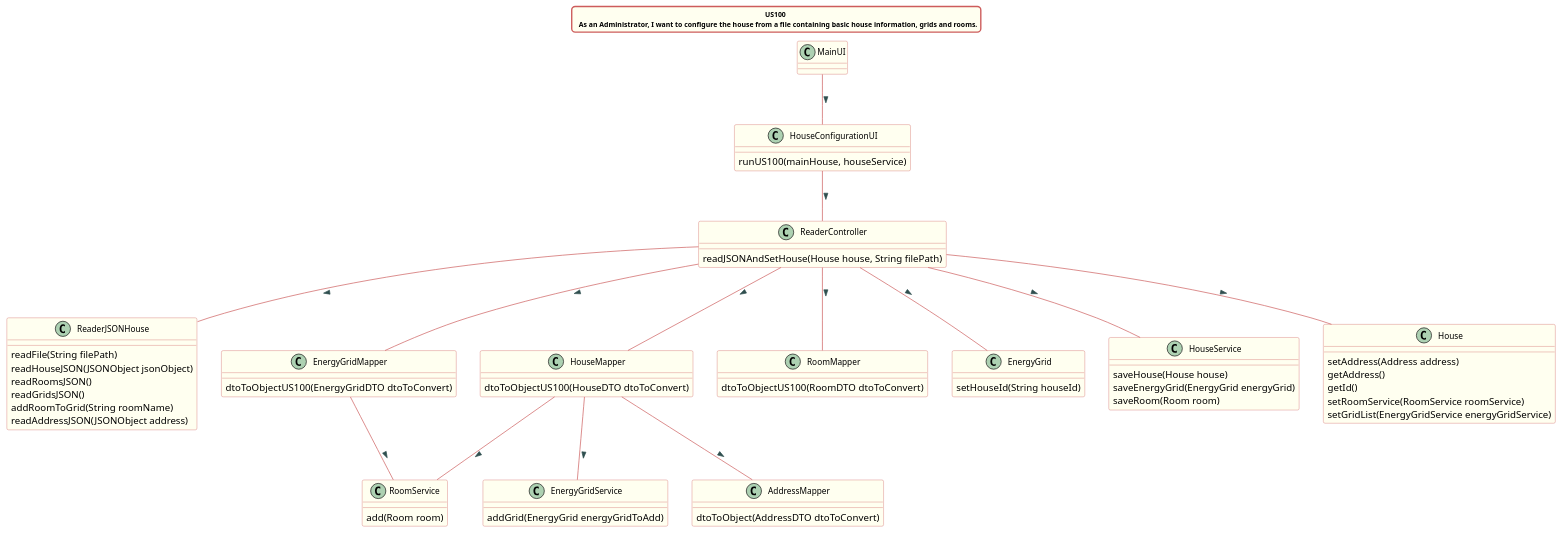
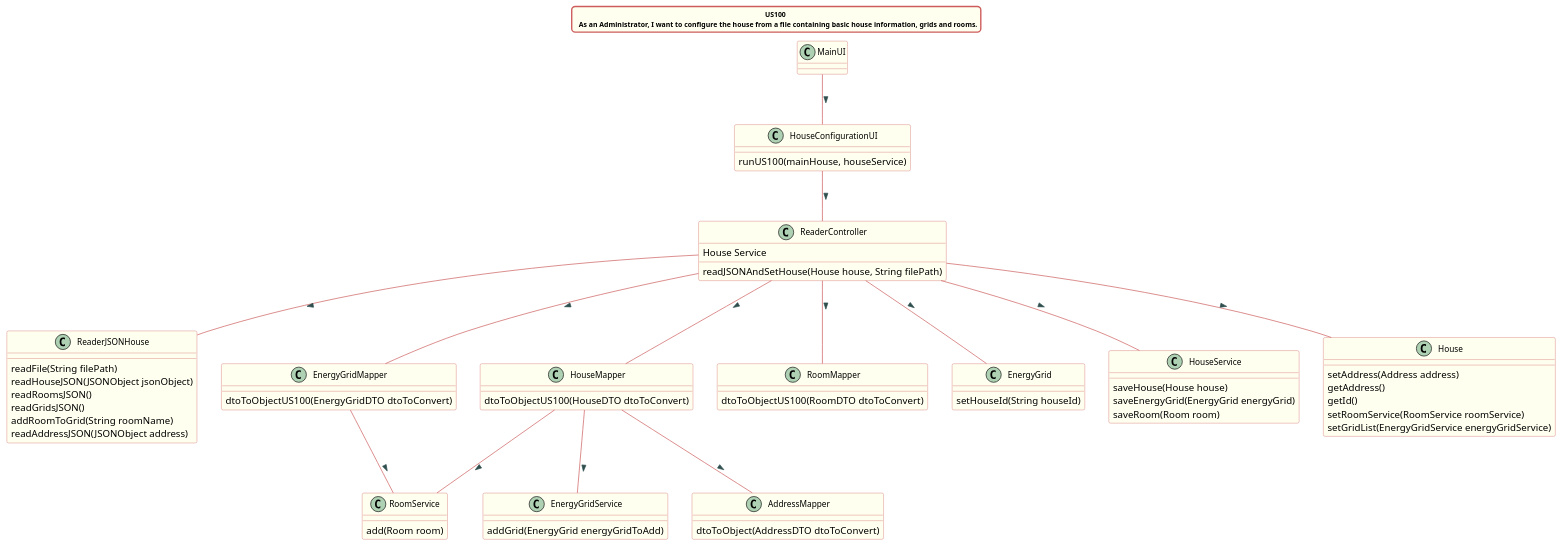
Before and after one commit to Almadanmp/project: the diagram in src/doc/Controllers/HouseConfiguration/US100/US100_cd_HouseConfiguration.puml, drawn with PlantUML.

Commit message:
Ref #222

```diff
--- a/src/doc/Controllers/HouseConfiguration/US100/US100_cd_HouseConfiguration.puml
+++ b/src/doc/Controllers/HouseConfiguration/US100/US100_cd_HouseConfiguration.puml
@@ -1,98 +1,100 @@
 @startuml
 title US100 \n  As an Administrator, I want to configure the house from a file containing basic house information, grids and rooms.
 
 skinparam titleBorderRoundCorner 10
 skinparam titleBorderThickness 2
 skinparam titleBorderColor indianred
 skinparam titleBackgroundColor ivory
 skinparam FontName verdana
 skinparam titleFontSize 10
 
 
 skinparam class {
  	BorderColor indianred
  	BackgroundColor indianred
  	BackgroundColor ivory
     roundcorner 10
     ArrowFontName Verdana
     ArrowColor indianred
     ArrowFontColor darkslategrey
     FontSize 12
  }
 
 
 MainUI -- HouseConfigurationUI : >
 HouseConfigurationUI -- ReaderController : >
 ReaderController -- ReaderJSONHouse : >
 ReaderController -- HouseMapper : >
 HouseMapper -- AddressMapper : >
 HouseMapper -- RoomService : >
 HouseMapper -- EnergyGridService : >
 ReaderController -- RoomMapper : >
 ReaderController -- EnergyGridMapper : >
 EnergyGridMapper -- RoomService : >
 ReaderController -- EnergyGrid : >
 ReaderController -- HouseService : >
 ReaderController -- House : >
 
 class HouseConfigurationUI{
 runUS100(mainHouse, houseService)
 }
 
 class ReaderController{
+House Service
+
 readJSONAndSetHouse(House house, String filePath)
 }
 
 class ReaderJSONHouse{
 readFile(String filePath)
 readHouseJSON(JSONObject jsonObject)
 readRoomsJSON()
 readGridsJSON()
 addRoomToGrid(String roomName)
 readAddressJSON(JSONObject address)
 }
 
 class HouseMapper{
 dtoToObjectUS100(HouseDTO dtoToConvert)
 }
 
 class EnergyGridMapper{
 dtoToObjectUS100(EnergyGridDTO dtoToConvert)
 }
 
 class AddressMapper{
 dtoToObject(AddressDTO dtoToConvert)
 }
 
 class RoomMapper{
 dtoToObjectUS100(RoomDTO dtoToConvert)
 }
 
 class EnergyGridService{
 addGrid(EnergyGrid energyGridToAdd)
 }
 
 class EnergyGrid{
 setHouseId(String houseId)
 }
 
 class RoomService{
 add(Room room)
 }
 
 class HouseService{
 saveHouse(House house)
 saveEnergyGrid(EnergyGrid energyGrid)
 saveRoom(Room room)
 }
 
 class House{
 setAddress(Address address)
 getAddress()
 getId()
 setRoomService(RoomService roomService)
 setGridList(EnergyGridService energyGridService)
 }
 
 
 @enduml
```
